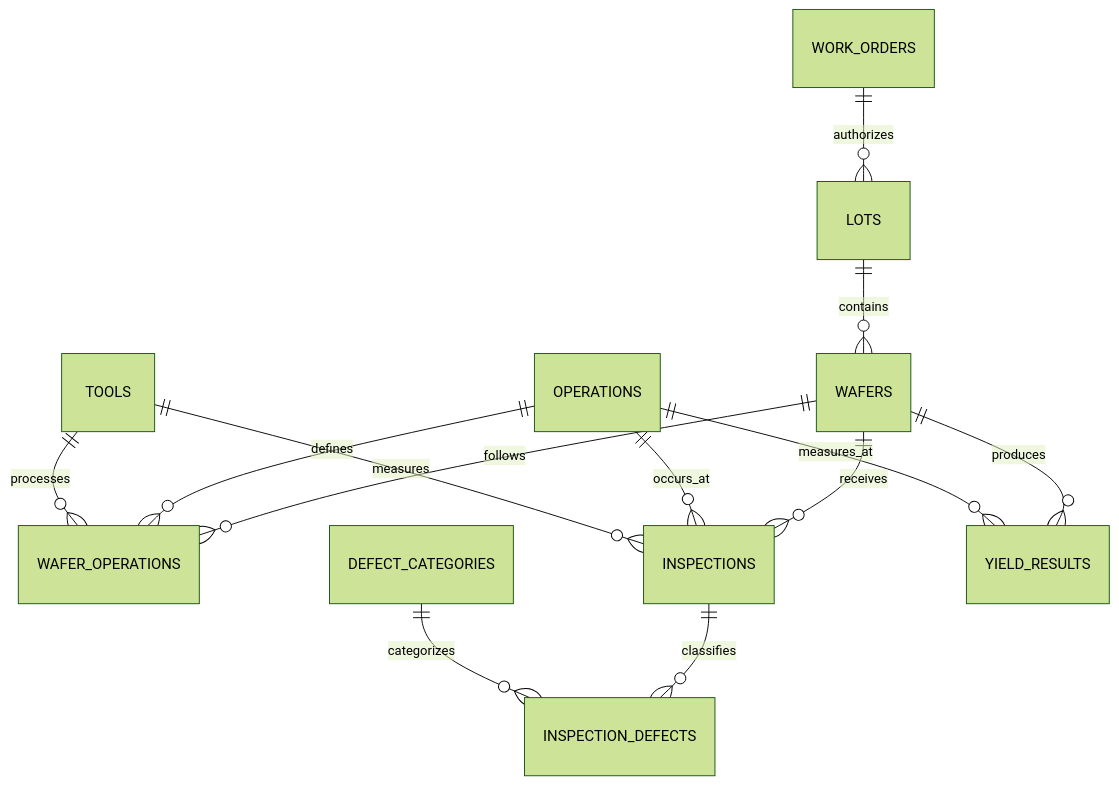
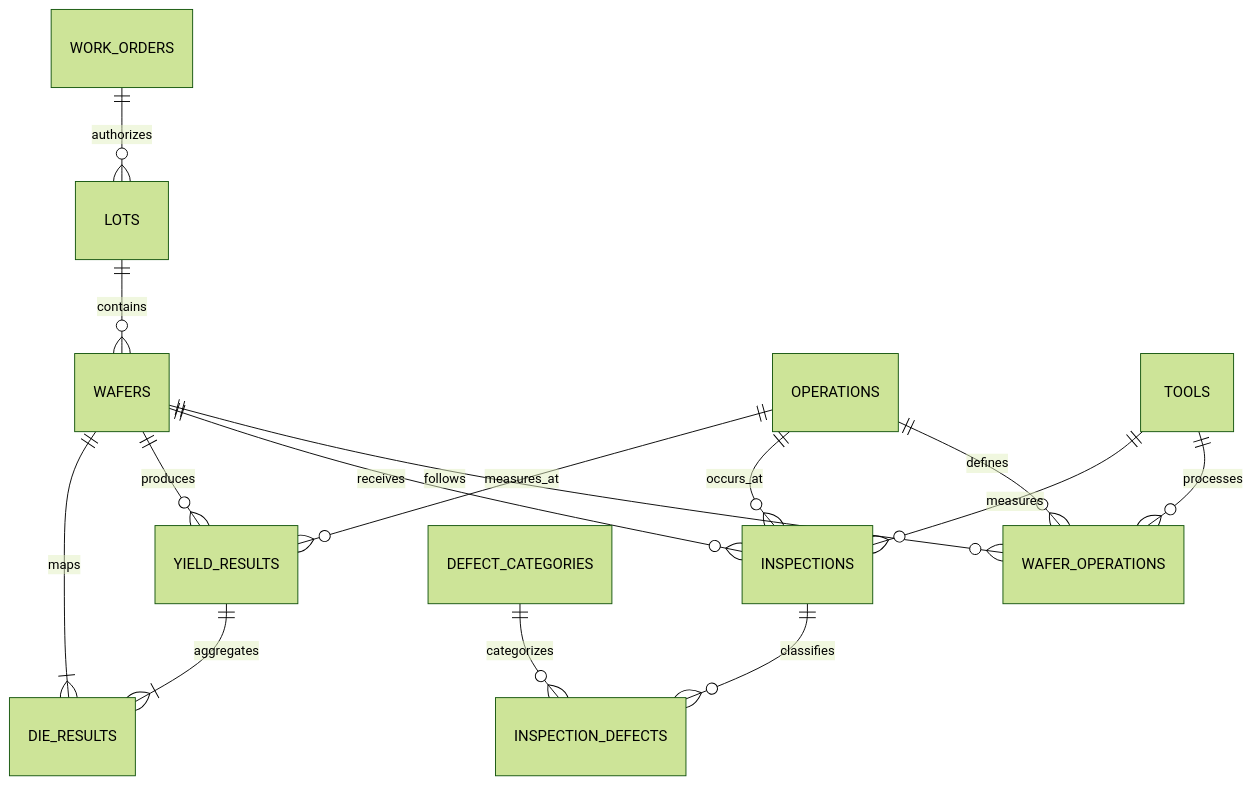
The diagram in docs/DATA_MODEL.md (4sy8zwp9hz-netizen/manufacturing-analytics-platform), drawn with Mermaid (forest theme) before and after one commit. The commit also changed other lines of this file and 47 other files, not shown here.

````diff
--- a/docs/DATA_MODEL.md
+++ b/docs/DATA_MODEL.md
@@ -5,15 +5,17 @@
 ```mermaid
 erDiagram
     WORK_ORDERS ||--o{ LOTS : authorizes
     LOTS ||--o{ WAFERS : contains
     WAFERS ||--o{ WAFER_OPERATIONS : follows
     OPERATIONS ||--o{ WAFER_OPERATIONS : defines
     TOOLS ||--o{ WAFER_OPERATIONS : processes
     WAFERS ||--o{ INSPECTIONS : receives
     OPERATIONS ||--o{ INSPECTIONS : occurs_at
     TOOLS ||--o{ INSPECTIONS : measures
     INSPECTIONS ||--o{ INSPECTION_DEFECTS : classifies
     DEFECT_CATEGORIES ||--o{ INSPECTION_DEFECTS : categorizes
     WAFERS ||--o{ YIELD_RESULTS : produces
     OPERATIONS ||--o{ YIELD_RESULTS : measures_at
+    YIELD_RESULTS ||--|{ DIE_RESULTS : aggregates
+    WAFERS ||--|{ DIE_RESULTS : maps
 ```
````
